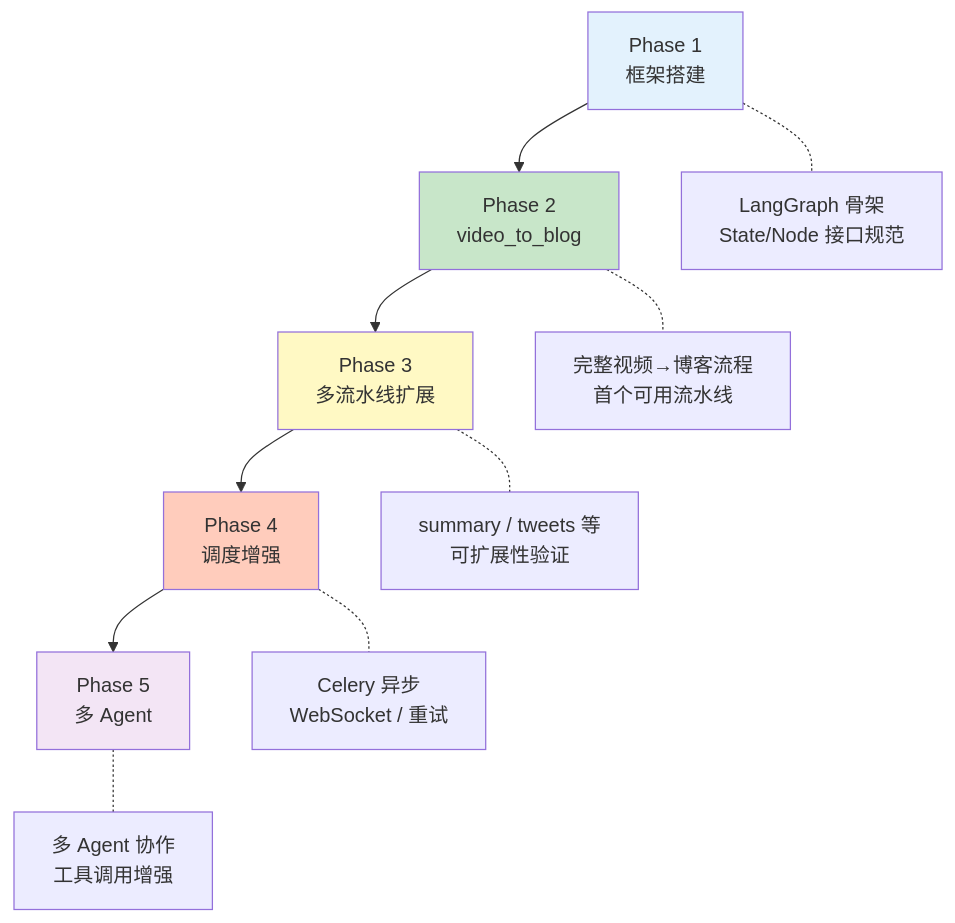
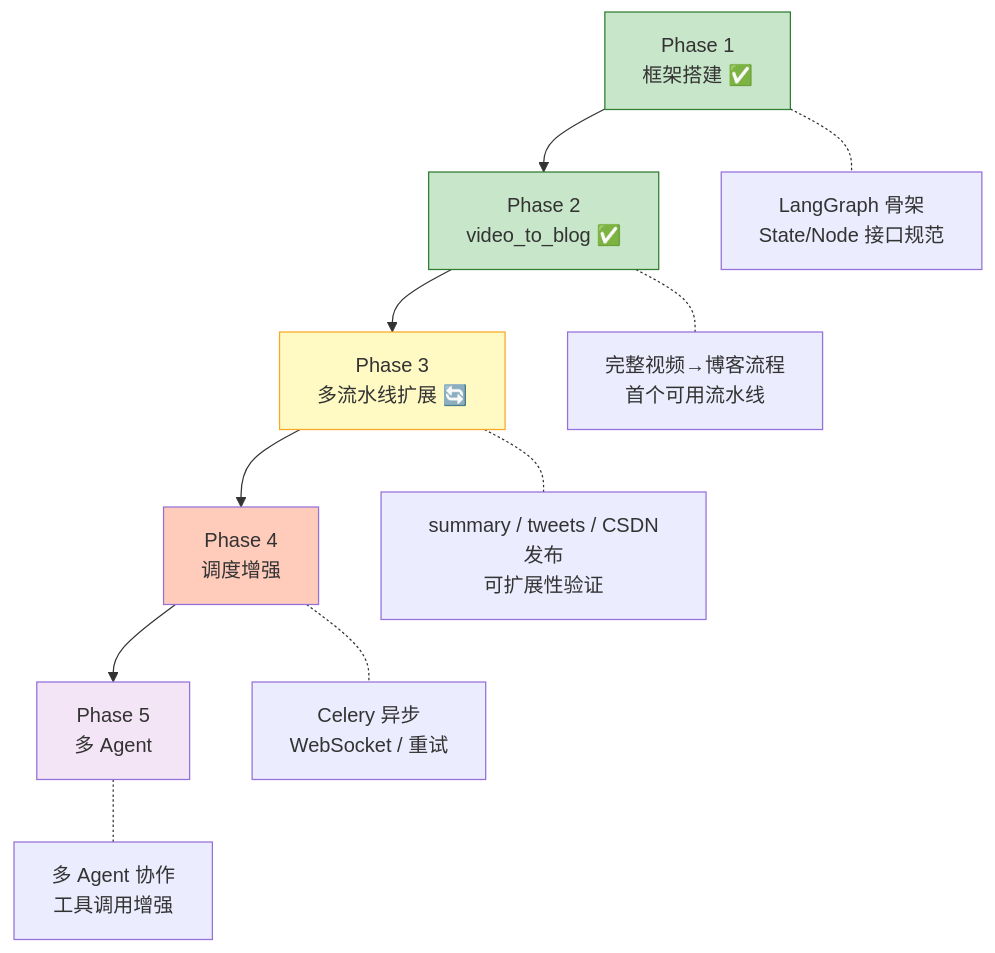
The fourth of 6 diagrams in AI_talking_about.md (liaowo6508-glitch/Video_TO_Blog), drawn with Mermaid before and after one commit. The commit also changed other lines of this file and 25 other files, not shown here.

````diff
--- a/AI_talking_about.md
+++ b/AI_talking_about.md
@@ -365,19 +426,19 @@
 ```mermaid
 flowchart TD
-    P1["Phase 1<br/>框架搭建"] --> P2["Phase 2<br/>video_to_blog"]
-    P2 --> P3["Phase 3<br/>多流水线扩展"]
+    P1["Phase 1<br/>框架搭建 ✅"] --> P2["Phase 2<br/>video_to_blog ✅"]
+    P2 --> P3["Phase 3<br/>多流水线扩展 🔄"]
     P3 --> P4["Phase 4<br/>调度增强"]
     P4 --> P5["Phase 5<br/>多 Agent"]
 
     P1 -.- T1["LangGraph 骨架<br/>State/Node 接口规范"]
     P2 -.- T2["完整视频→博客流程<br/>首个可用流水线"]
-    P3 -.- T3["summary / tweets 等<br/>可扩展性验证"]
+    P3 -.- T3["summary / tweets / CSDN发布<br/>可扩展性验证"]
     P4 -.- T4["Celery 异步<br/>WebSocket / 重试"]
     P5 -.- T5["多 Agent 协作<br/>工具调用增强"]
 
-    style P1 fill:#e3f2fd
-    style P2 fill:#c8e6c9
-    style P3 fill:#fff9c4
+    style P1 fill:#c8e6c9,stroke:#2e7d32
+    style P2 fill:#c8e6c9,stroke:#2e7d32
+    style P3 fill:#fff9c4,stroke:#f9a825
     style P4 fill:#ffccbc
     style P5 fill:#f3e5f5
 ```
````
